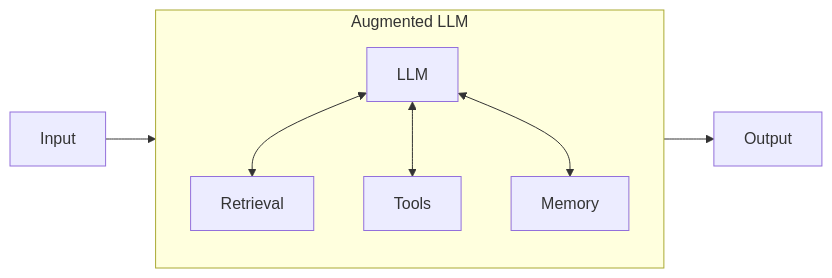
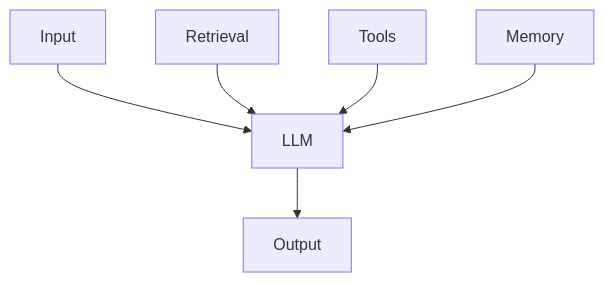
The fourth of 12 diagrams in 2026-2027-Sem1/AIMLCZG521-ConversationalAI/notes/S01-foundations.md (sanjaykumarpushadapu/MTech), drawn with Mermaid before and after one commit. The commit also changed other lines of this file and 3 other files, not shown here.

Commit message:
fixs mermaid

````diff
--- a/2026-2027-Sem1/AIMLCZG521-ConversationalAI/notes/S01-foundations.md
+++ b/2026-2027-Sem1/AIMLCZG521-ConversationalAI/notes/S01-foundations.md
@@ -160,13 +160,8 @@
 ```mermaid
-flowchart LR
-    subgraph AUG[Augmented LLM]
-        LLM[LLM]
-        R[Retrieval]
-        T[Tools]
-        M[Memory]
-        LLM <--> R
-        LLM <--> T
-        LLM <--> M
-    end
-    IN[Input] --> AUG --> OUT[Output]
+flowchart TD
+    IN[Input] --> LLM[LLM]
+    R[Retrieval] --> LLM
+    T[Tools] --> LLM
+    M[Memory] --> LLM
+    LLM --> OUT[Output]
 ```
````
